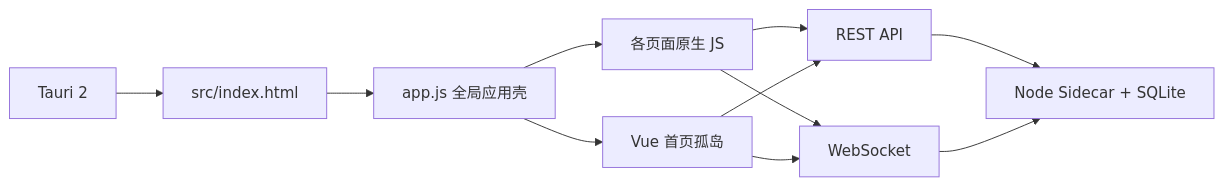
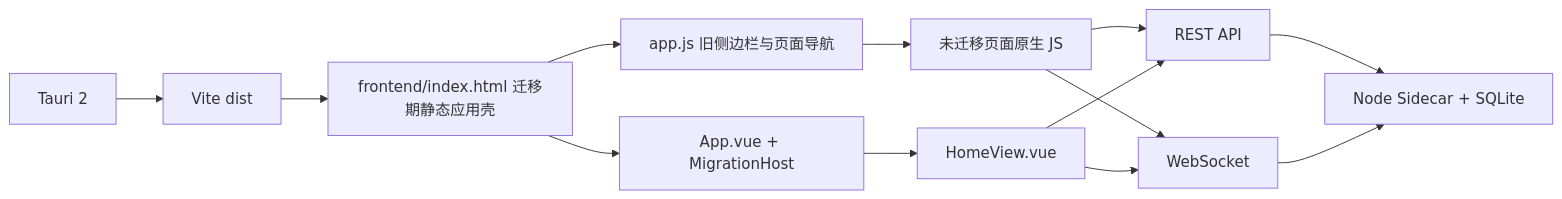
One commit to 20588645/dev-tools changed the diagram in devtools-desktop/PRD/vue3_architecture_migration_execution_plan.md. Above: the diagram before and after it, drawn with Mermaid. The commit also changed other lines of this file, not shown here.

````diff
--- a/devtools-desktop/PRD/vue3_architecture_migration_execution_plan.md
+++ b/devtools-desktop/PRD/vue3_architecture_migration_execution_plan.md
@@ -73,13 +77,15 @@
 ```mermaid
 flowchart LR
-    T["Tauri 2"] --> H["src/index.html"]
-    H --> A["app.js 全局应用壳"]
-    A --> P["各页面原生 JS"]
-    A --> VH["Vue 首页孤岛"]
+    T["Tauri 2"] --> D["Vite dist"]
+    D --> H["frontend/index.html 迁移期静态应用壳"]
+    H --> A["app.js 旧侧边栏与页面导航"]
+    A --> P["未迁移页面原生 JS"]
+    H --> MH["App.vue + MigrationHost"]
+    MH --> VH["HomeView.vue"]
     P --> API["REST API"]
     P --> WS["WebSocket"]
     VH --> API
     VH --> WS
     API --> S["Node Sidecar + SQLite"]
     WS --> S
 ```
````
